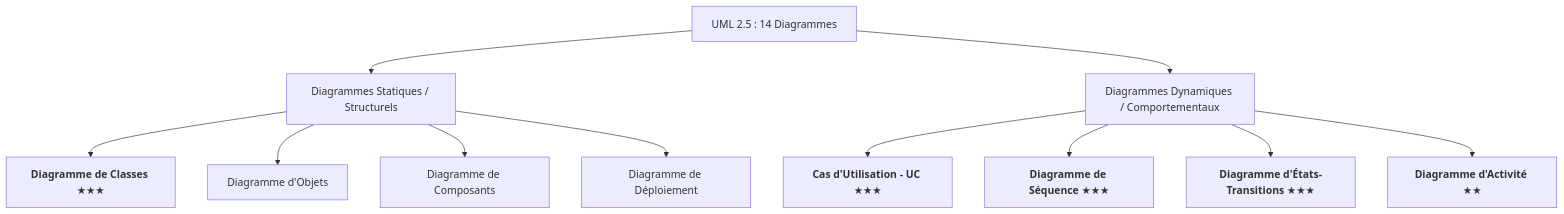
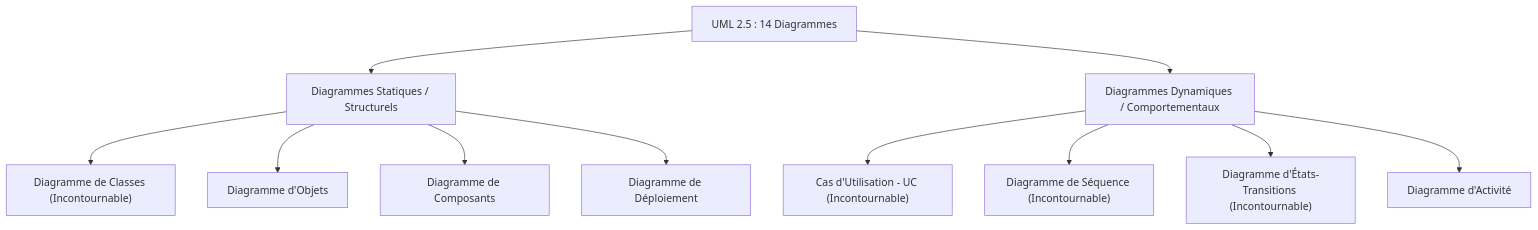
The second of 2 diagrams in cours/01-demarche-conception-uml/README.md (CIEL2-JR-UML/template-ciel2-uml), drawn with Mermaid before and after one commit. The commit also changed other lines of this file and 3 other files, not shown here.

Commit message:
fix(mermaid): correction de la syntaxe des diagrammes pour GitHub

````diff
--- a/cours/01-demarche-conception-uml/README.md
+++ b/cours/01-demarche-conception-uml/README.md
@@ -52,16 +68,16 @@
 ```mermaid
 graph TD
-    UML[UML 2.5 : 14 Diagrammes]
-    UML --> S[Diagrammes Statiques / Structurels]
-    UML --> D[Diagrammes Dynamiques / Comportementaux]
+    UML["UML 2.5 : 14 Diagrammes"]
+    UML --> S["Diagrammes Statiques / Structurels"]
+    UML --> D["Diagrammes Dynamiques / Comportementaux"]
     
-    S --> S1[<b>Diagramme de Classes</b> ★★★]
-    S --> S2[Diagramme d'Objets]
-    S --> S3[Diagramme de Composants]
-    S --> S4[Diagramme de Déploiement]
+    S --> S1["Diagramme de Classes (Incontournable)"]
+    S --> S2["Diagramme d'Objets"]
+    S --> S3["Diagramme de Composants"]
+    S --> S4["Diagramme de Déploiement"]
     
-    D --> D1[<b>Cas d'Utilisation - UC</b> ★★★]
-    D --> D2[<b>Diagramme de Séquence</b> ★★★]
-    D --> D3[<b>Diagramme d'États-Transitions</b> ★★★]
-    D --> D4[<b>Diagramme d'Activité</b> ★★]
+    D --> D1["Cas d'Utilisation - UC (Incontournable)"]
+    D --> D2["Diagramme de Séquence (Incontournable)"]
+    D --> D3["Diagramme d'États-Transitions (Incontournable)"]
+    D --> D4["Diagramme d'Activité"]
 ```
````
